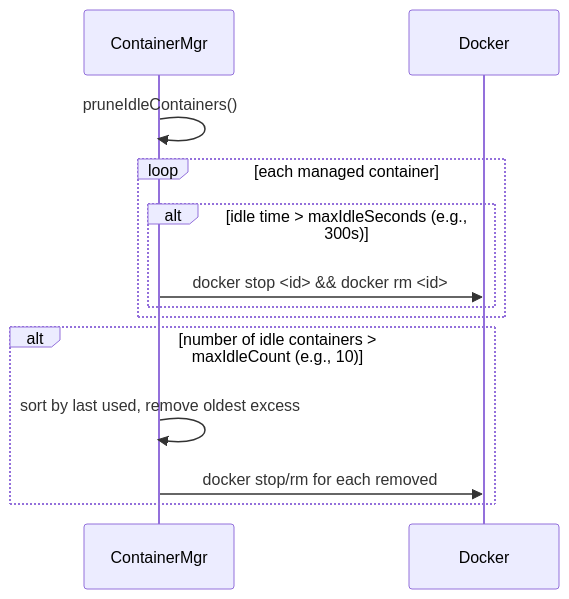
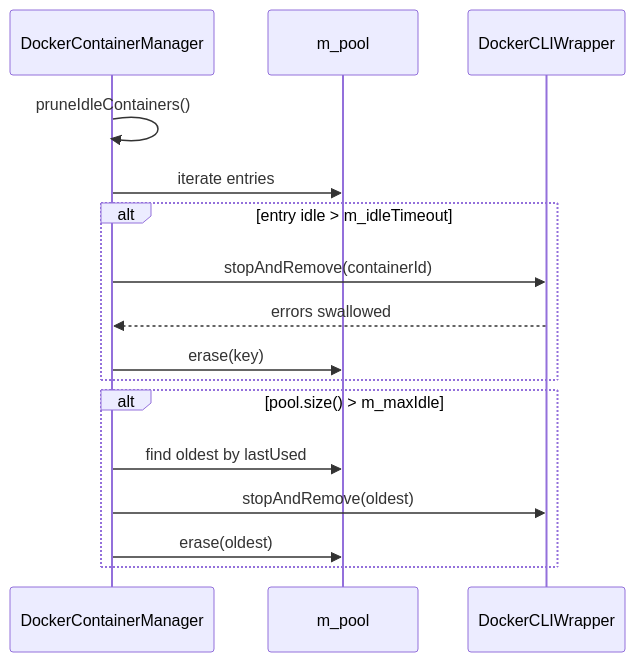
The fifth of 5 diagrams in src/docker/technical-specification.md (opensassi/a0), drawn with Mermaid before and after one commit. The commit also changed other lines of this file and 165 other files, not shown here.

````diff
--- a/src/docker/technical-specification.md
+++ b/src/docker/technical-specification.md
@@ -313,16 +363,19 @@
 ```mermaid
 sequenceDiagram
-    participant ContainerMgr
-    participant Docker
+    participant DCM as DockerContainerManager
+    participant Pool as m_pool
+    participant CLI as DockerCLIWrapper
 
-    ContainerMgr->>ContainerMgr: pruneIdleContainers()
-    loop each managed container
-        alt idle time > maxIdleSeconds (e.g., 300s)
-            ContainerMgr->>Docker: docker stop <id> && docker rm <id>
-        end
+    DCM->>DCM: pruneIdleContainers()
+    DCM->>Pool: iterate entries
+    alt entry idle > m_idleTimeout
+        DCM->>CLI: stopAndRemove(containerId)
+        CLI-->>DCM: errors swallowed
+        DCM->>Pool: erase(key)
     end
-    alt number of idle containers > maxIdleCount (e.g., 10)
-        ContainerMgr->>ContainerMgr: sort by last used, remove oldest excess
-        ContainerMgr->>Docker: docker stop/rm for each removed
+    alt pool.size() > m_maxIdle
+        DCM->>Pool: find oldest by lastUsed
+        DCM->>CLI: stopAndRemove(oldest)
+        DCM->>Pool: erase(oldest)
     end
 ```
````
